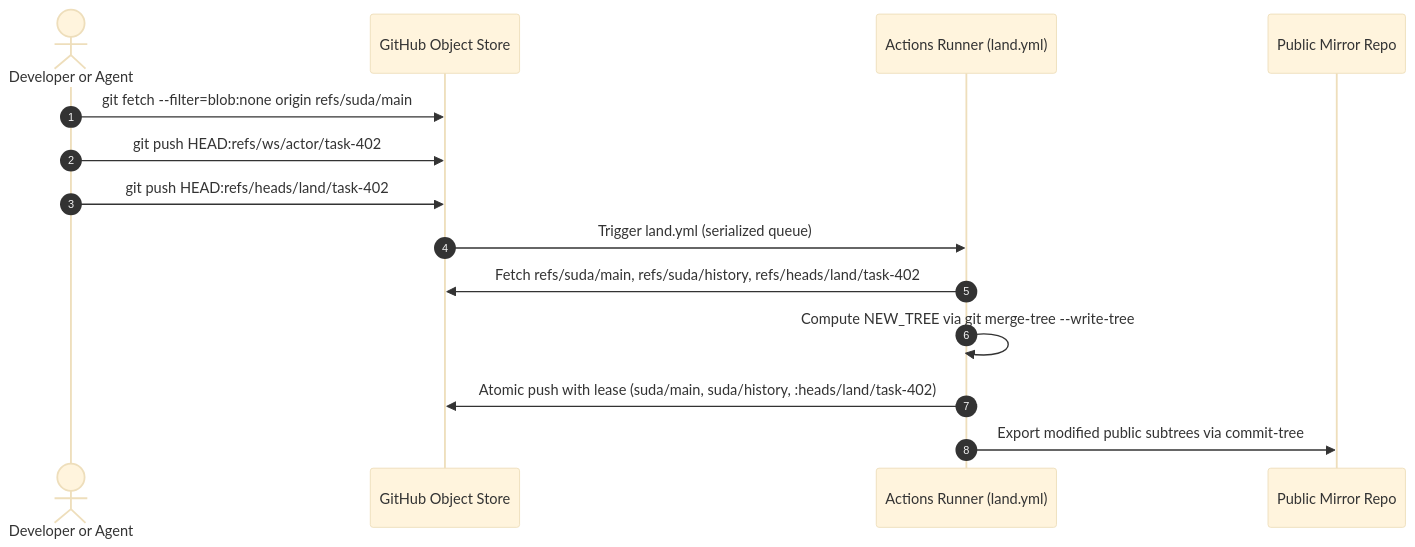
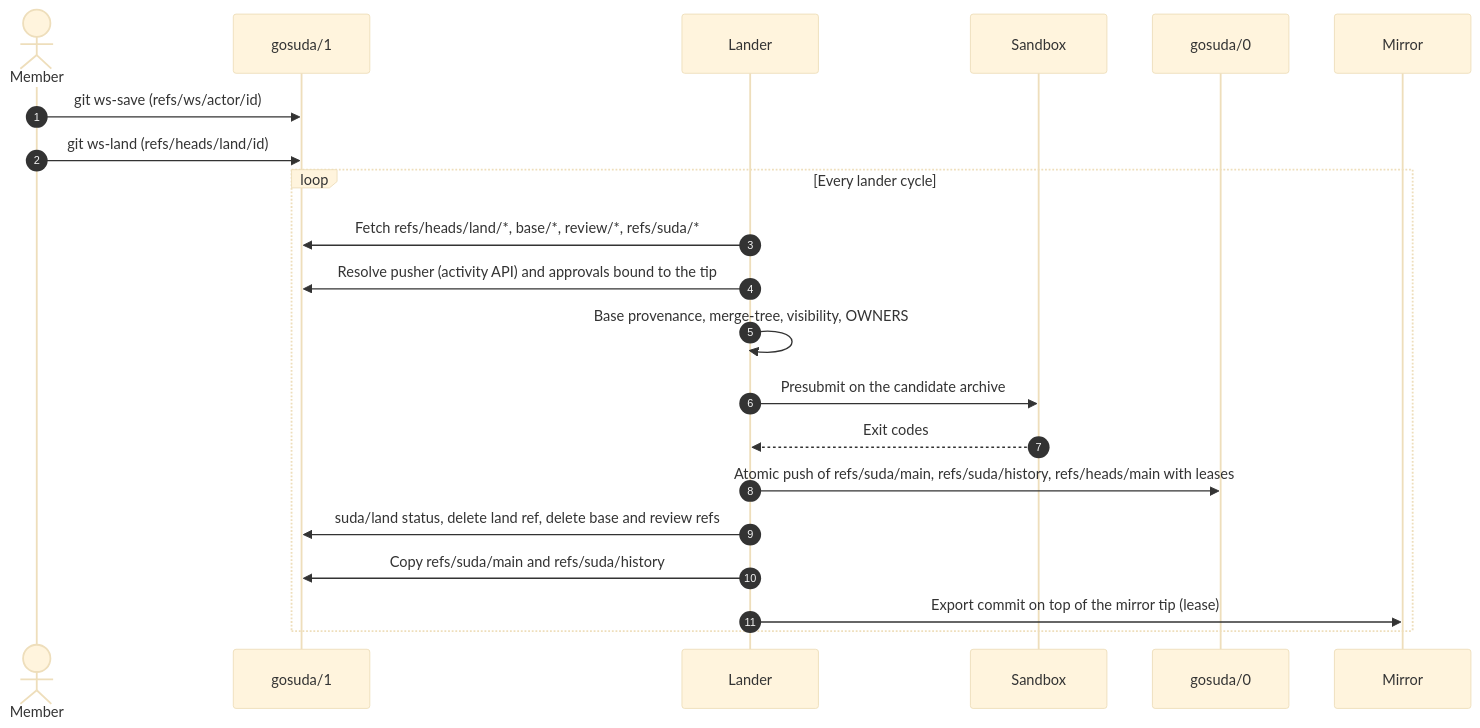
Before and after one commit to gosuda/1: the second of 2 diagrams in docs/architecture.md, drawn with Mermaid (base theme). The commit also changed other lines of this file and 24 other files, not shown here.

First line of the commit message:
chore(control-plane): sync refs/heads/main@a4bc5a6 into refs/suda/main

````diff
--- a/docs/architecture.md
+++ b/docs/architecture.md
@@ -92,17 +156,23 @@
 ```mermaid
 sequenceDiagram
   autonumber
-  actor Caller as Developer or Agent
-  participant GH as GitHub Object Store
-  participant CI as Actions Runner (land.yml)
-  participant Mirror as Public Mirror Repo
-
-  Caller->>GH: git fetch --filter=blob:none origin refs/suda/main
-  Caller->>GH: git push HEAD:refs/ws/actor/task-402
-  Caller->>GH: git push HEAD:refs/heads/land/task-402
-  GH->>CI: Trigger land.yml (serialized queue)
-  CI->>GH: Fetch refs/suda/main, refs/suda/history, refs/heads/land/task-402
-  CI->>CI: Compute NEW_TREE via git merge-tree --write-tree
-  CI->>GH: Atomic push with lease (suda/main, suda/history, :heads/land/task-402)
-  CI->>Mirror: Export modified public subtrees via commit-tree
+  actor Member
+  participant U as gosuda/1
+  participant L as Lander
+  participant S as Sandbox
+  participant T as gosuda/0
+  participant M as Mirror
+  Member->>U: git ws-save (refs/ws/actor/id)
+  Member->>U: git ws-land (refs/heads/land/id)
+  loop Every lander cycle
+    L->>U: Fetch refs/heads/land/*, base/*, review/*, refs/suda/*
+    L->>U: Resolve pusher (activity API) and approvals bound to the tip
+    L->>L: Base provenance, merge-tree, visibility, OWNERS
+    L->>S: Presubmit on the candidate archive
+    S-->>L: Exit codes
+    L->>T: Atomic push of refs/suda/main, refs/suda/history, refs/heads/main with leases
+    L->>U: suda/land status, delete land ref, delete base and review refs
+    L->>U: Copy refs/suda/main and refs/suda/history
+    L->>M: Export commit on top of the mirror tip (lease)
+  end
 ```
````
